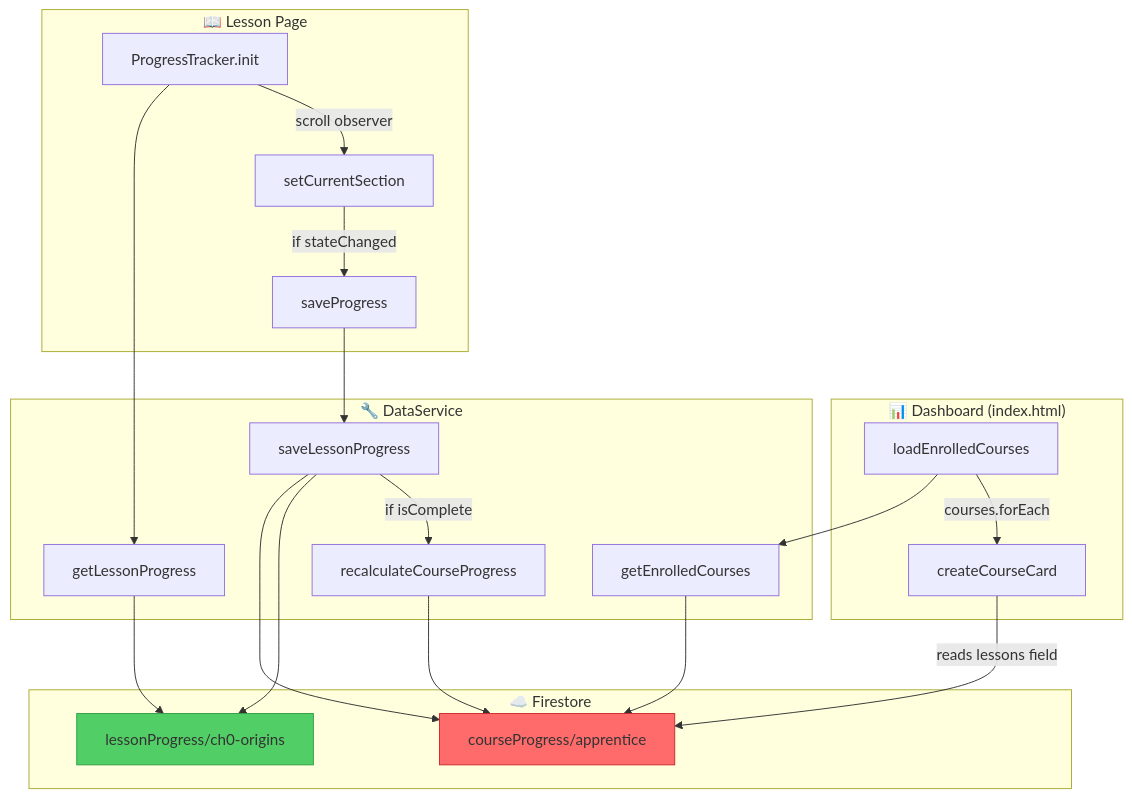
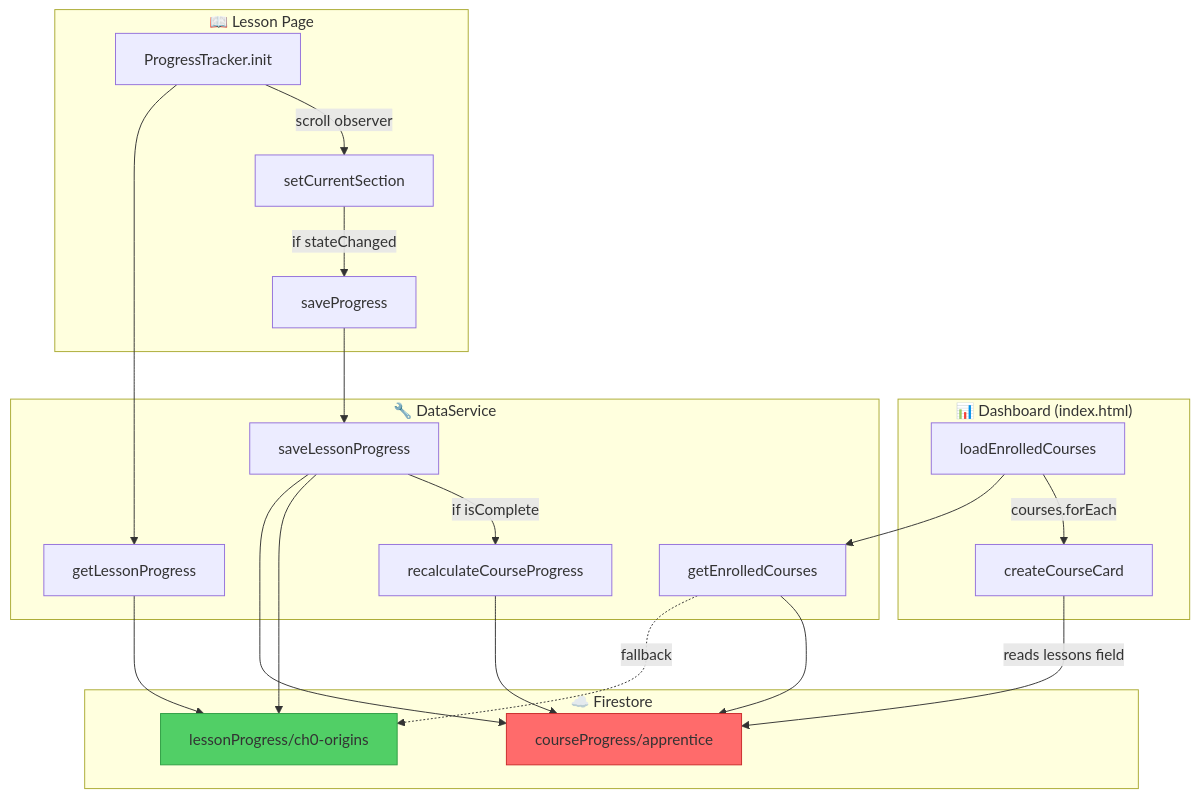
One commit to nathanbaker-ao/swe-hackers changed the sixth of 7 diagrams in diagrams_and_docs/progress-data-flow.md. Above: the diagram before and after it, drawn with Mermaid. The commit also changed other lines of this file, not shown here.

First line of the commit message:
Docs: Add detailed textual descriptions to data flow diagrams

````diff
--- a/diagrams_and_docs/progress-data-flow.md
+++ b/diagrams_and_docs/progress-data-flow.md
@@ -162,45 +345,46 @@
 ```mermaid
 flowchart TD
     subgraph Dashboard["📊 Dashboard (index.html)"]
         DL[loadEnrolledCourses]
         CC[createCourseCard]
         DL -->|"courses.forEach"| CC
     end
     
     subgraph Lesson["📖 Lesson Page"]
         PTI[ProgressTracker.init]
         SCS[setCurrentSection]
         SP[saveProgress]
         
         PTI -->|"scroll observer"| SCS
         SCS -->|"if stateChanged"| SP
     end
     
     subgraph DataService["🔧 DataService"]
         GEC[getEnrolledCourses]
         GLP[getLessonProgress]
         SLP[saveLessonProgress]
         RCP[recalculateCourseProgress]
         
         SLP -->|"if isComplete"| RCP
     end
     
     subgraph Firestore["☁️ Firestore"]
         CP[courseProgress/apprentice]
         LP[lessonProgress/ch0-origins]
     end
     
     DL --> GEC
     GEC --> CP
+    GEC -.->|"fallback"| LP
     CC -->|"reads lessons field"| CP
     
     PTI --> GLP
     GLP --> LP
     SP --> SLP
     SLP --> LP
     SLP --> CP
     RCP --> CP
     
     style CP fill:#ff6b6b,stroke:#c92a2a
     style LP fill:#51cf66,stroke:#2f9e44
 ```
````
